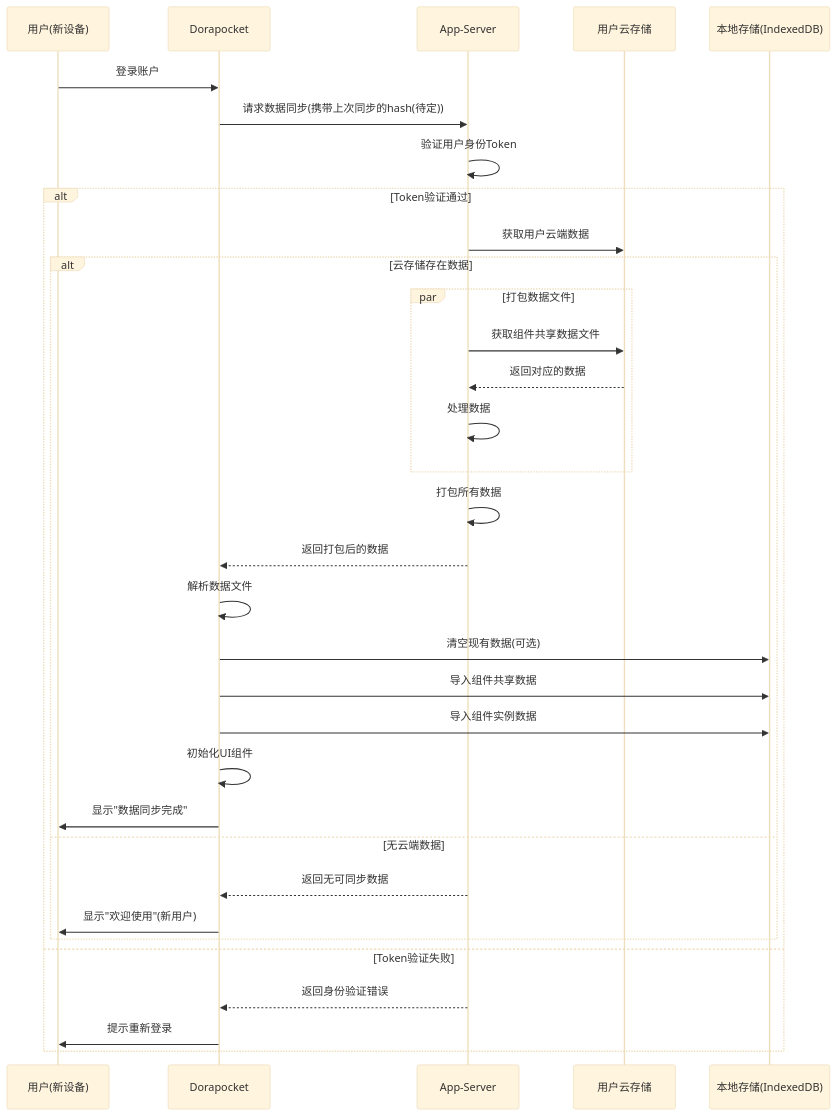
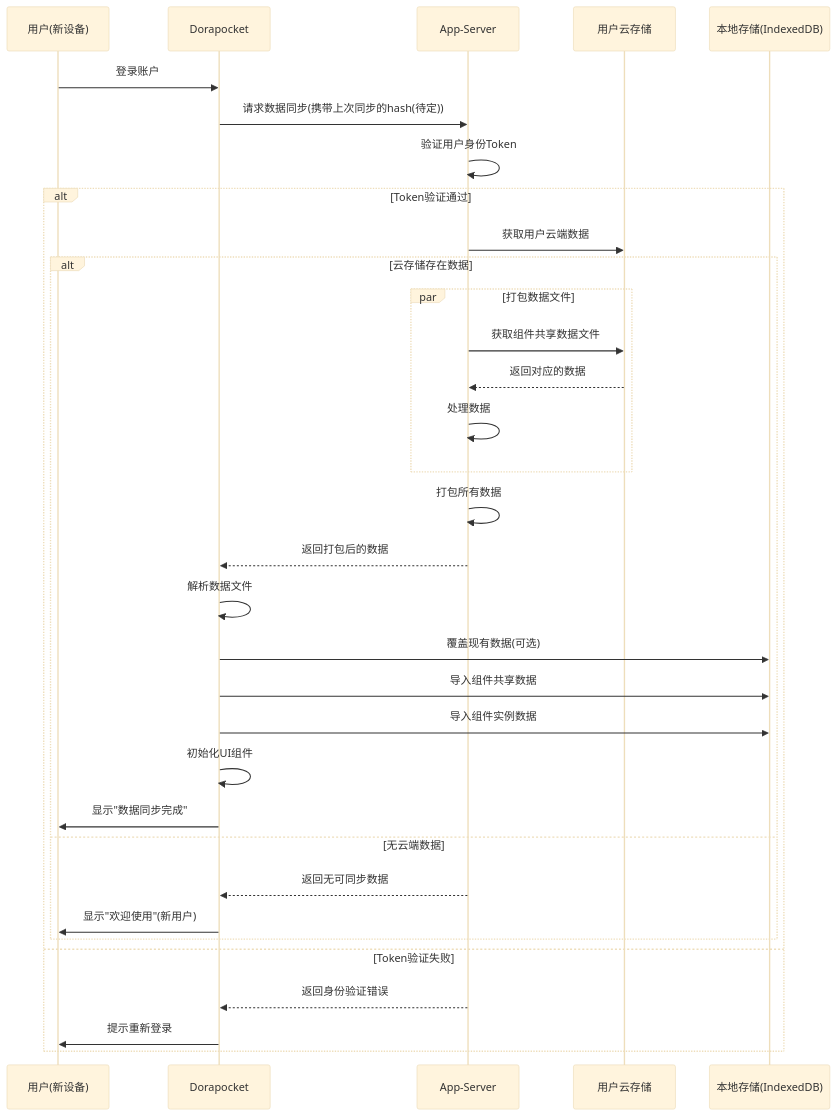
The diagram in all/未命名-38.md (yingjianzh/iodraw-files), drawn with Mermaid (base theme) before and after one commit.

Commit message:
2025-04-21 14:00:39 update

````diff
--- a/all/未命名-38.md
+++ b/all/未命名-38.md
@@ -1,46 +1,45 @@
 ```mermaid
 sequenceDiagram
     participant User as 用户(新设备)
     participant App as Dorapocket
     participant AppServer as App-Server
     participant UserCloud as 用户云存储
     participant LocalDB as 本地存储(IndexedDB)
     
     User->>App: 登录账户
     
     App->>AppServer: 请求数据同步(携带上次同步的hash(待定))
     AppServer->>AppServer: 验证用户身份Token
     
     alt Token验证通过
         AppServer->>UserCloud: 获取用户云端数据
         
         
         alt 云存储存在数据
             par 打包数据文件
                 AppServer->>UserCloud: 获取组件共享数据文件
                 UserCloud-->>AppServer: 返回对应的数据
                 
                 AppServer->>AppServer: 处理数据
             end
             
             AppServer->>AppServer: 打包所有数据
             AppServer-->>App: 返回打包后的数据
             
-            
             App->>App: 解析数据文件
             
-            App->>LocalDB: 清空现有数据(可选)
+            App->>LocalDB: 覆盖现有数据(可选)
             App->>LocalDB: 导入组件共享数据
             App->>LocalDB: 导入组件实例数据
             
             App->>App: 初始化UI组件
             App->>User: 显示"数据同步完成"
         else 无云端数据
             AppServer-->>App: 返回无可同步数据
             App->>User: 显示"欢迎使用"(新用户)
         end
     else Token验证失败
         AppServer-->>App: 返回身份验证错误
         App->>User: 提示重新登录
     end
 ```
````
